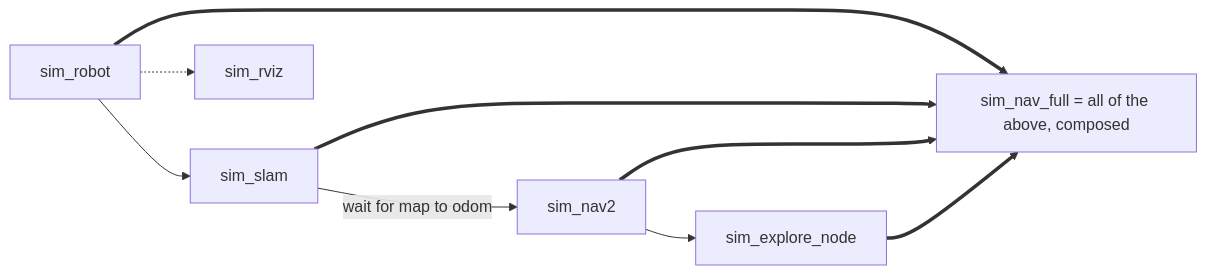
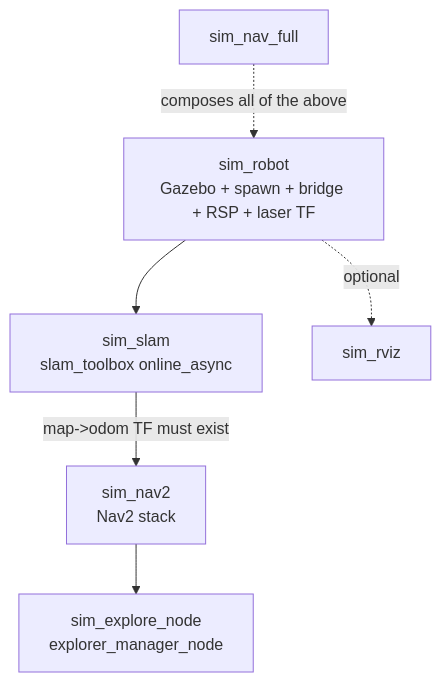
One commit to Boston-Robot-Hackers/dome_nav changed the diagram in 01-literate/X07-sim_debug_launch_files.md. Above: the diagram before and after it, drawn with Mermaid. The commit also changed other lines of this file and 14 other files, not shown here.

First line of the commit message:
docs(literate): regenerate 01-literate + add architecture overview

````diff
--- a/01-literate/X07-sim_debug_launch_files.md
+++ b/01-literate/X07-sim_debug_launch_files.md
@@ -19,8 +19,8 @@
 ```mermaid
-flowchart LR
-    R["sim_robot"] --> S["sim_slam"]
-    S -->|"wait for map to odom"| N["sim_nav2"]
-    N --> E["sim_explore_node"]
-    R -.-> V["sim_rviz"]
-    R & S & N & E ==> F["sim_nav_full = all of the above, composed"]
+flowchart TD
+    R["sim_robot<br/>Gazebo + spawn + bridge + RSP + laser TF"] --> S["sim_slam<br/>slam_toolbox online_async"]
+    S -->|map->odom TF must exist| N2["sim_nav2<br/>Nav2 stack"]
+    N2 --> E["sim_explore_node<br/>explorer_manager_node"]
+    R -.optional.-> V["sim_rviz"]
+    F["sim_nav_full"] -.composes all of the above.-> R
 ```
````
